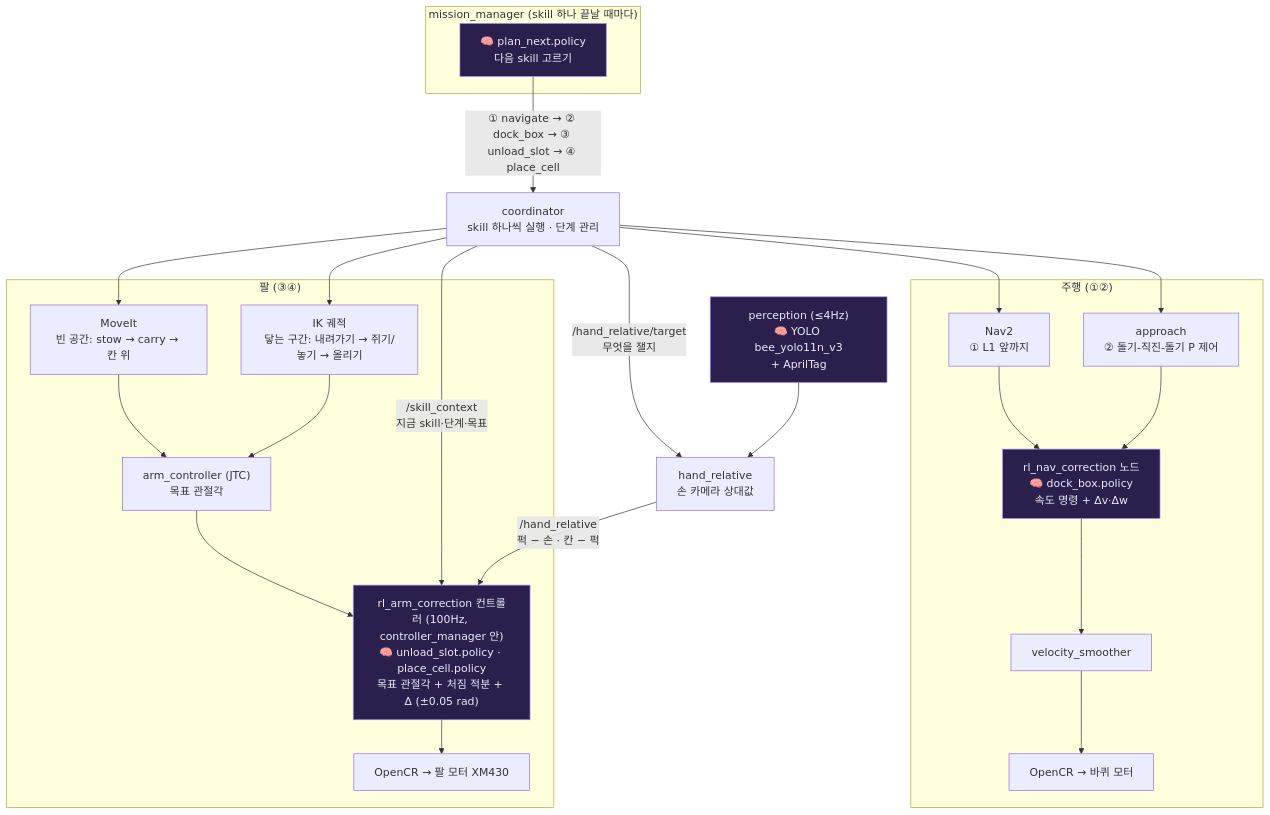
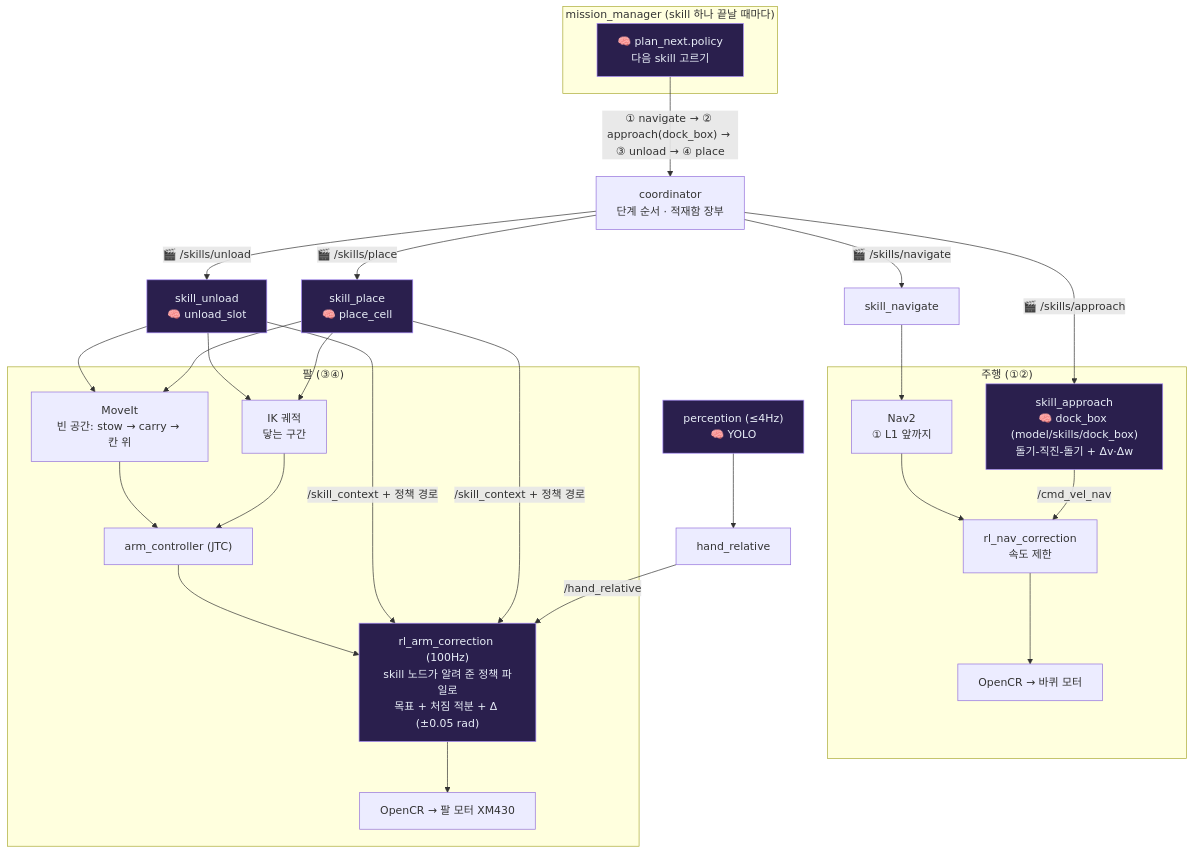
Before and after one commit to JuneKunst/JuneKunst.github.io: the fourth of 9 diagrams in bee/system-map.md, drawn with Mermaid. The commit also changed other lines of this file and 18 other files, not shown here.

Commit message:
bee: skill 노드 구성 페이지 · 전체 지도 3장·현황·남은 일·PR을 skill 노드 구조로 · 정리 11-04 · 스펙·디버깅 경로 갱신

````diff
--- a/bee/system-map.md
+++ b/bee/system-map.md
@@ -118,27 +117,30 @@
 ```mermaid
 flowchart TB
   subgraph gx_MM["mission_manager (skill 하나 끝날 때마다)"]
     gx_PN["🧠 plan_next.policy<br/>다음 skill 고르기"]:::model
   end
-  gx_PN -->|"① navigate → ② dock_box → ③ unload_slot → ④ place_cell"| gx_CO["coordinator<br/>skill 하나씩 실행 · 단계 관리"]
+  gx_PN -->|"① navigate → ② approach(dock_box) → ③ unload → ④ place"| gx_CO["coordinator<br/>단계 순서 · 적재함 장부"]
+  gx_CO -->|"🎬 /skills/navigate"| gx_SN["skill_navigate"] --> gx_NAV["Nav2<br/>① L1 앞까지"]
+  gx_CO -->|"🎬 /skills/approach"| gx_SA["skill_approach<br/>🧠 dock_box (model/skills/dock_box)<br/>돌기-직진-돌기 + Δv·Δw"]:::model
+  gx_CO -->|"🎬 /skills/unload"| gx_SU["skill_unload<br/>🧠 unload_slot"]:::model
+  gx_CO -->|"🎬 /skills/place"| gx_SP["skill_place<br/>🧠 place_cell"]:::model
   subgraph gx_BASE_PATH["주행 (①②)"]
-    gx_NAV["Nav2<br/>① L1 앞까지"] --> gx_NC
-    gx_AP["approach<br/>② 돌기-직진-돌기 P 제어"] --> gx_NC["rl_nav_correction 노드<br/>🧠 dock_box.policy<br/>속도 명령 + Δv·Δw"]:::model
-    gx_NC --> gx_VS["velocity_smoother"] --> gx_OC["OpenCR → 바퀴 모터"]
+    gx_NAV --> gx_NC["rl_nav_correction<br/>속도 제한"]
+    gx_SA -->|"/cmd_vel_nav"| gx_NC
+    gx_NC --> gx_OC["OpenCR → 바퀴 모터"]
   end
   subgraph gx_ARM_PATH["팔 (③④)"]
-    gx_MV["MoveIt<br/>빈 공간: stow → carry → 칸 위"] --> gx_JTC
-    gx_IK["IK 궤적<br/>닿는 구간: 내려가기 → 쥐기/놓기 → 올리기"] --> gx_JTC["arm_controller (JTC)<br/>목표 관절각"]
-    gx_JTC --> gx_RC["rl_arm_correction 컨트롤러 (100Hz, controller_manager 안)<br/>🧠 unload_slot.policy · place_cell.policy<br/>목표 관절각 + 처짐 적분 + Δ (±0.05 rad)"]:::model
+    gx_MV["MoveIt<br/>빈 공간: stow → carry → 칸 위"] --> gx_JTC["arm_controller (JTC)"]
+    gx_IK["IK 궤적<br/>닿는 구간"] --> gx_JTC
+    gx_JTC --> gx_RC["rl_arm_correction (100Hz)<br/>skill 노드가 알려 준 정책 파일로<br/>목표 + 처짐 적분 + Δ (±0.05 rad)"]:::model
     gx_RC --> gx_DX["OpenCR → 팔 모터 XM430"]
   end
-  gx_CO --> gx_NAV
-  gx_CO --> gx_AP
-  gx_CO --> gx_MV
-  gx_CO --> gx_IK
-  gx_CO -->|"/skill_context<br/>지금 skill·단계·목표"| gx_RC
-  gx_CO -->|"/hand_relative/target<br/>무엇을 잴지"| gx_HR["hand_relative<br/>손 카메라 상대값"]
-  gx_CAM["perception (≤4Hz)<br/>🧠 YOLO bee_yolo11n_v3<br/>+ AprilTag"]:::model --> gx_HR
-  gx_HR -->|"/hand_relative<br/>퍽 − 손 · 칸 − 퍽"| gx_RC
+  gx_SU --> gx_MV
+  gx_SU --> gx_IK
+  gx_SP --> gx_MV
+  gx_SP --> gx_IK
+  gx_SU -->|"/skill_context + 정책 경로"| gx_RC
+  gx_SP -->|"/skill_context + 정책 경로"| gx_RC
+  gx_CAM["perception (≤4Hz)<br/>🧠 YOLO"]:::model --> gx_HR["hand_relative"] -->|"/hand_relative"| gx_RC
   classDef model fill:#2a1f4d,stroke:#a78bfa,color:#e8eef8
 ```
````
